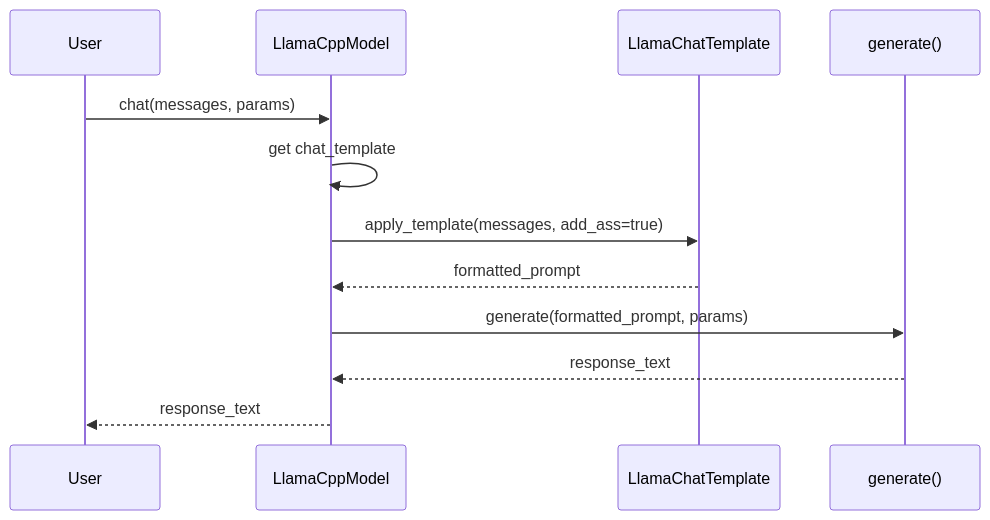
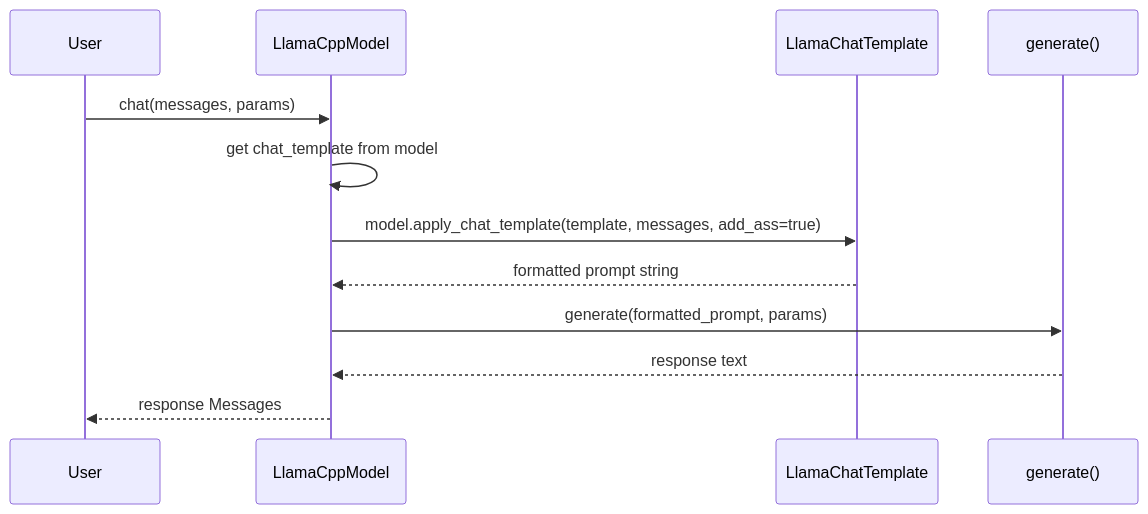
Before and after one commit to ewe-studios/ewe_platform: the third of 3 diagrams in specifications/07-foundation-ai/features/01-llamacpp-integration/feature.md, drawn with Mermaid. The commit also changed other lines of this file and 11 other files, not shown here.

````diff
--- a/specifications/07-foundation-ai/features/01-llamacpp-integration/feature.md
+++ b/specifications/07-foundation-ai/features/01-llamacpp-integration/feature.md
@@ -756,15 +192,15 @@
 ```mermaid
 sequenceDiagram
     participant User
     participant FM as LlamaCppModel
-    participant LT as LlamaChatTemplate
+    participant CT as LlamaChatTemplate
     participant GEN as generate()
 
     User->>FM: chat(messages, params)
-    FM->>FM: get chat_template
-    FM->>LT: apply_template(messages, add_ass=true)
-    LT-->>FM: formatted_prompt
+    FM->>FM: get chat_template from model
+    FM->>CT: model.apply_chat_template(template, messages, add_ass=true)
+    CT-->>FM: formatted prompt string
     FM->>GEN: generate(formatted_prompt, params)
-    GEN-->>FM: response_text
-    FM-->>User: response_text
+    GEN-->>FM: response text
+    FM-->>User: response Messages
 ```
````
